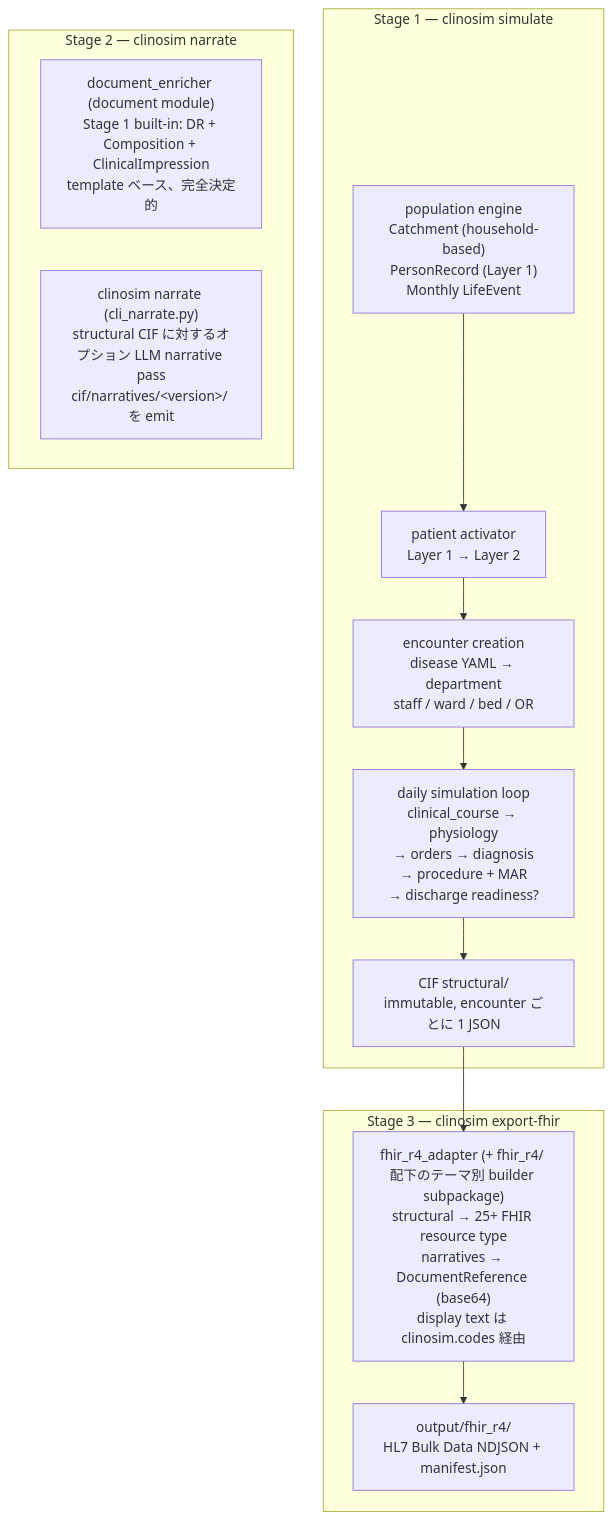
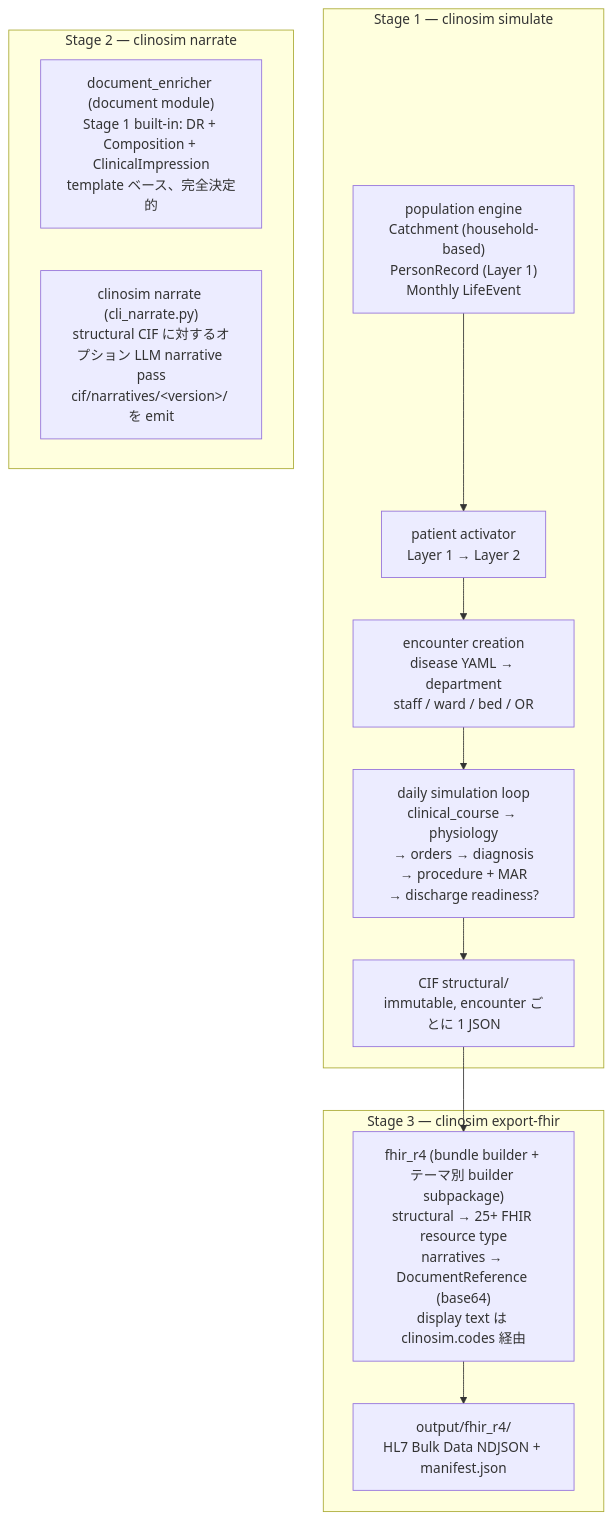
Before and after one commit to TomoOkuyama/clinosim: the diagram in docs/architecture/data-flow.ja.md, drawn with Mermaid. The commit also changed 95 other files, not shown here.

````diff
--- a/docs/architecture/data-flow.ja.md
+++ b/docs/architecture/data-flow.ja.md
@@ -8,24 +8,24 @@
 ```mermaid
 flowchart TD
     subgraph stage1["Stage 1 — clinosim simulate"]
         pop["population engine<br/>Catchment (household-based)<br/>PersonRecord (Layer 1)<br/>Monthly LifeEvent"]
         act["patient activator<br/>Layer 1 → Layer 2"]
         enc["encounter creation<br/>disease YAML → department<br/>staff / ward / bed / OR"]
         loop["daily simulation loop<br/>clinical_course → physiology<br/>→ orders → diagnosis<br/>→ procedure + MAR<br/>→ discharge readiness?"]
         cif_s["CIF structural/<br/>immutable, encounter ごとに 1 JSON"]
         pop --> act --> enc --> loop --> cif_s
     end
 
     subgraph stage2["Stage 2 — clinosim narrate"]
         gen2["document_enricher (document module)<br/>Stage 1 built-in: DR + Composition + ClinicalImpression<br/>template ベース、完全決定的"]
         llm2["clinosim narrate (cli_narrate.py)<br/>structural CIF に対するオプション LLM narrative pass<br/>cif/narratives/&lt;version&gt;/ を emit"]
     end
 
     subgraph stage3["Stage 3 — clinosim export-fhir"]
-        adapter["fhir_r4_adapter (+ fhir_r4/ 配下のテーマ別 builder subpackage)<br/>structural → 25+ FHIR resource type<br/>narratives → DocumentReference (base64)<br/>display text は clinosim.codes 経由"]
+        adapter["fhir_r4 (bundle builder + テーマ別 builder subpackage)<br/>structural → 25+ FHIR resource type<br/>narratives → DocumentReference (base64)<br/>display text は clinosim.codes 経由"]
         fhir["output/fhir_r4/<br/>HL7 Bulk Data NDJSON + manifest.json"]
         adapter --> fhir
     end
 
     cif_s --> adapter
 ```
````
